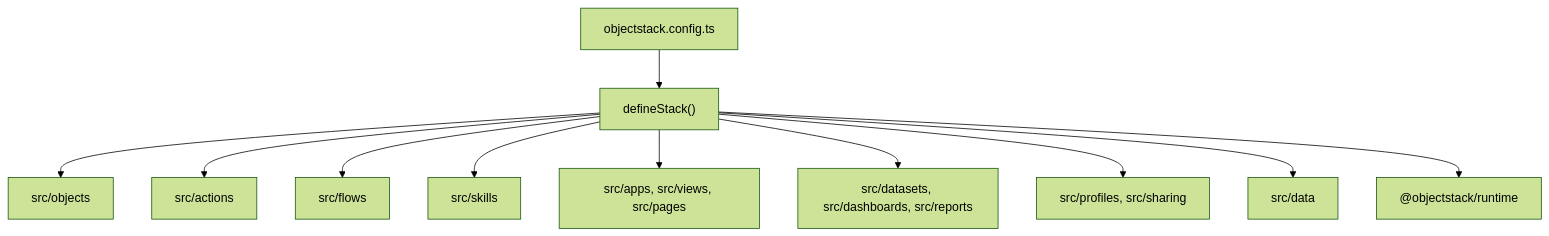
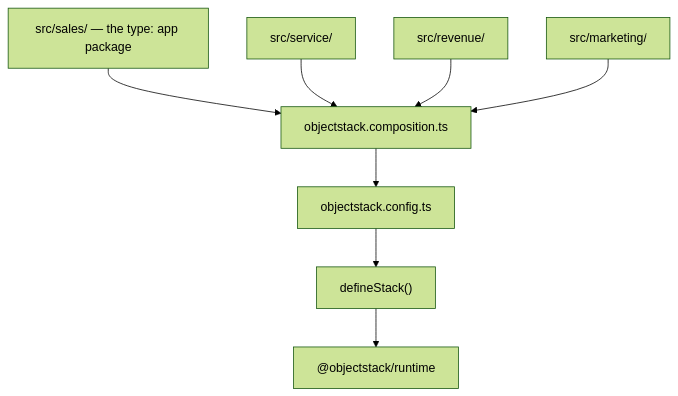
One commit to objectstack-ai/hotcrm changed the diagram in docs/ARCHITECTURE.md. Above: the diagram before and after it, drawn with Mermaid (forest theme). The commit also changed other lines of this file and 2 other files, not shown here.

First line of the commit message:
test(docs): make the src/-tree guard see the diagram and the pages (#1923)

````diff
--- a/docs/ARCHITECTURE.md
+++ b/docs/ARCHITECTURE.md
@@ -9,13 +13,10 @@
 ```mermaid
 flowchart TD
-  Config["objectstack.config.ts"] --> Stack["defineStack()"]
-  Stack --> Objects["src/objects"]
-  Stack --> Actions["src/actions"]
-  Stack --> Flows["src/flows"]
-  Stack --> Skills["src/skills"]
-  Stack --> UI["src/apps, src/views, src/pages"]
-  Stack --> Analytics["src/datasets, src/dashboards, src/reports"]
-  Stack --> Security["src/profiles, src/sharing"]
-  Stack --> Data["src/data"]
+  Sales["src/sales/ — the type: app package"] --> Composition["objectstack.composition.ts"]
+  Service["src/service/"] --> Composition
+  Revenue["src/revenue/"] --> Composition
+  Marketing["src/marketing/"] --> Composition
+  Composition --> Config["objectstack.config.ts"]
+  Config --> Stack["defineStack()"]
   Stack --> Runtime["@objectstack/runtime"]
 ```
````
